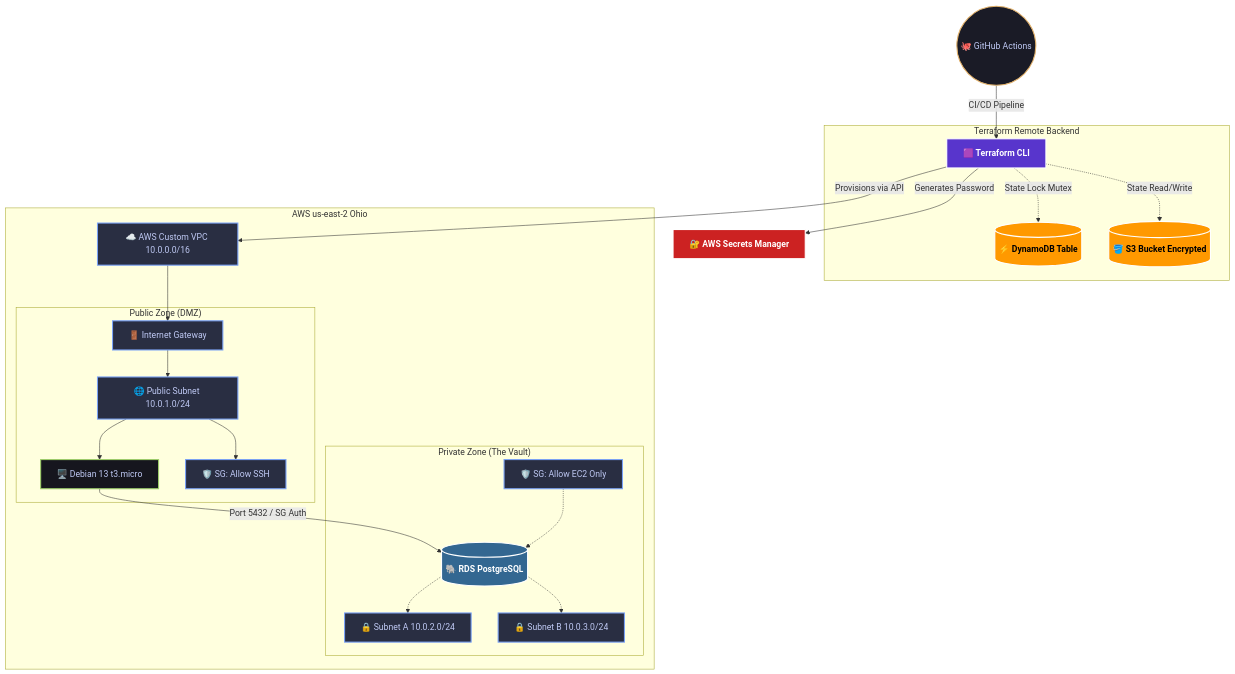
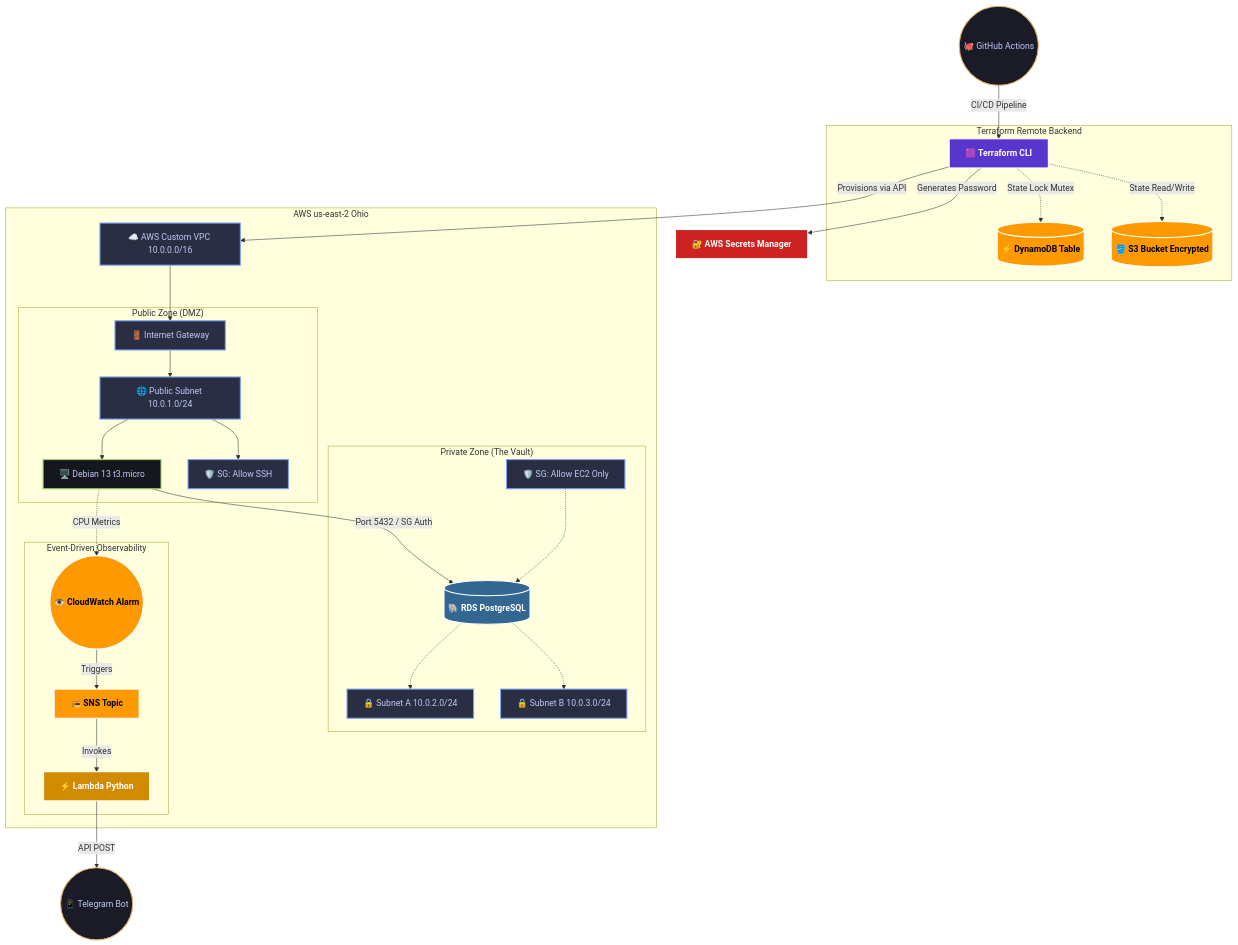
One commit to ezequieldlv/mysstic-cloud changed the diagram in README.md. Above: the diagram before and after it, drawn with Mermaid. The commit also changed other lines of this file and 7 other files, not shown here.

Commit message:
feat: add LAMBDA, SNS and CLOUDWATCH for alerting via telegram

````diff
--- a/README.md
+++ b/README.md
@@ -24,37 +27,46 @@
 ```mermaid
 graph TD
     classDef aws fill:#FF9900,stroke:#fff,stroke-width:2px,color:#000,font-weight:bold
     classDef tf fill:#5835CC,stroke:#fff,stroke-width:2px,color:#fff,font-weight:bold
     classDef cicd fill:#1a1b26,stroke:#e0af68,stroke-width:2px,color:#c0caf5
     classDef net fill:#292e42,stroke:#7aa2f7,stroke-width:2px,color:#c0caf5
     classDef compute fill:#16161e,stroke:#9ece6a,stroke-width:2px,color:#c0caf5
     classDef db fill:#336791,stroke:#fff,stroke-width:2px,color:#fff,font-weight:bold
     classDef sec fill:#cc2222,stroke:#fff,stroke-width:2px,color:#fff,font-weight:bold
+    classDef serverless fill:#D18B00,stroke:#fff,stroke-width:2px,color:#fff,font-weight:bold
 
     GitHub((🐙 GitHub Actions)):::cicd -->|CI/CD Pipeline| TF[🟪 Terraform CLI]:::tf
     
     subgraph "Terraform Remote Backend"
         TF -.->|State Lock Mutex| Dynamo[(⚡ DynamoDB Table)]:::aws
         TF -.->|State Read/Write| S3[(🪣 S3 Bucket Encrypted)]:::aws
     end
 
     TF -->|Provisions via API| VPC[☁️ AWS Custom VPC 10.0.0.0/16]:::net
     TF -->|Generates Password| Vault[🔐 AWS Secrets Manager]:::sec
 
     subgraph "AWS us-east-2 Ohio"
         VPC --> IGW[🚪 Internet Gateway]:::net
         
         subgraph "Public Zone (DMZ)"
             IGW --> PubSub[🌐 Public Subnet 10.0.1.0/24]:::net
             PubSub --> EC2[🖥️ Debian 13 t3.micro]:::compute
             PubSub --> SG1[🛡️ SG: Allow SSH]:::net
         end
 
         subgraph "Private Zone (The Vault)"
             EC2 -->|Port 5432 / SG Auth| RDS[(🐘 RDS PostgreSQL)]:::db
             RDS -.-> PrivSub1[🔒 Subnet A 10.0.2.0/24]:::net
             RDS -.-> PrivSub2[🔒 Subnet B 10.0.3.0/24]:::net
             SG2[🛡️ SG: Allow EC2 Only]:::net -.-> RDS
         end
+        
+        subgraph "Event-Driven Observability"
+            EC2 -.->|CPU Metrics| CW((👁️ CloudWatch Alarm)):::aws
+            CW -->|Triggers| SNS[📻 SNS Topic]:::aws
+            SNS -->|Invokes| Lambda[⚡ Lambda Python]:::serverless
+        end
     end
+    
+    Lambda -->|API POST| Telegram((📱 Telegram Bot)):::cicd
 ```
````
